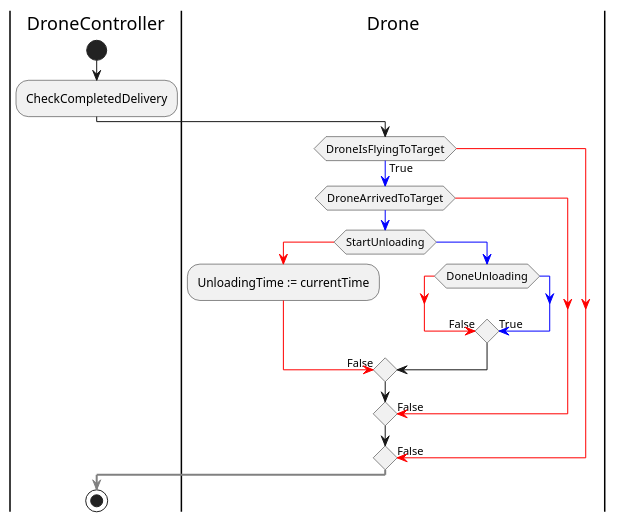
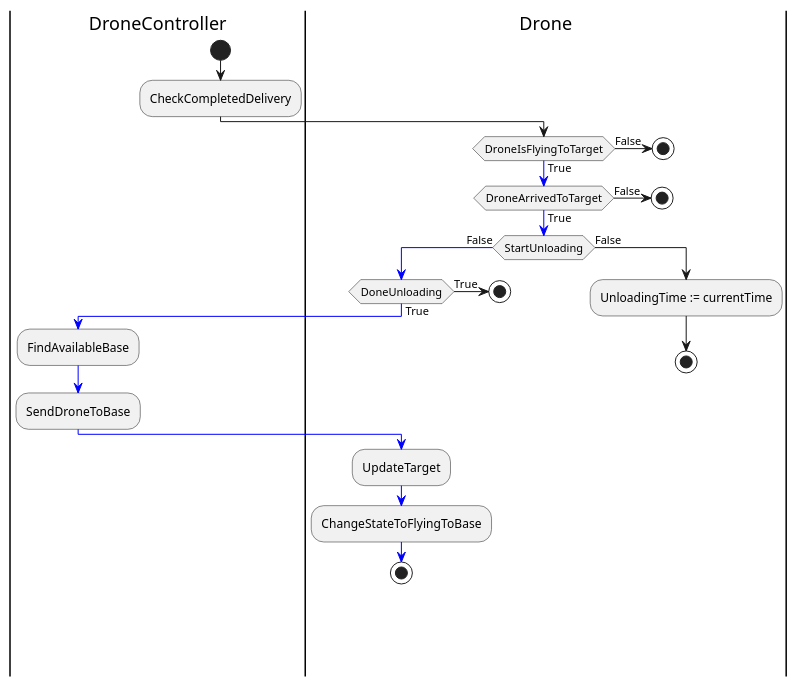
Before and after one commit to johannesmols/Caelicus: the fourth of 7 diagrams in docs/Diagrams/Activity/README.org, drawn with PlantUML.

Commit message:
README: org update arrive to base diagram

```diff
--- a/docs/Diagrams/Activity/README.org
+++ b/docs/Diagrams/Activity/README.org
@@ -81,31 +81,38 @@
 #+begin_src plantuml :file arrived-to-target.png
 |DroneController|
 start
 :CheckCompletedDelivery;
 |Drone|
-if (DroneIsFlyingToTarget) then
-  -[#red]-> False;
-else
-  -[#blue]-> True;
-  if (DroneArrivedToTarget) then
-    -[#red]-> False;
-  else
+if (DroneIsFlyingToTarget) then (False)
+stop
+else (True)
   -[#blue]->
-    if(StartUnloading) then
-      -[#red]->
+  if (DroneArrivedToTarget) then (False)
+  stop
+  else (True)
+    -[#blue]->
+    if(StartUnloading) then (False)
+       -[#blue]->
+      if(DoneUnloading) then (True)
+        stop
+        else (True)
+        -[#blue]->
+        |DroneController|
+        :FindAvailableBase;
+        -[#blue]->
+        :SendDroneToBase;
+        |Drone|
+        -[#blue]->
+        :UpdateTarget;
+        -[#blue]->
+        :ChangeStateToFlyingToBase;
+        -[#blue]->
+        stop
+      endif
+    else (False)
       :UnloadingTime := currentTime;
-      -[#red]-> False;
-    else
-      -[#blue]->
-      if(DoneUnloading) then
-        -[#red]-> False;
-        else
-        -[#blue]-> True;
-      endif
+      stop
     endif
   endif
 endif
-|DroneController|
--[#gray,bold]->
-stop
 #+end_src
```
